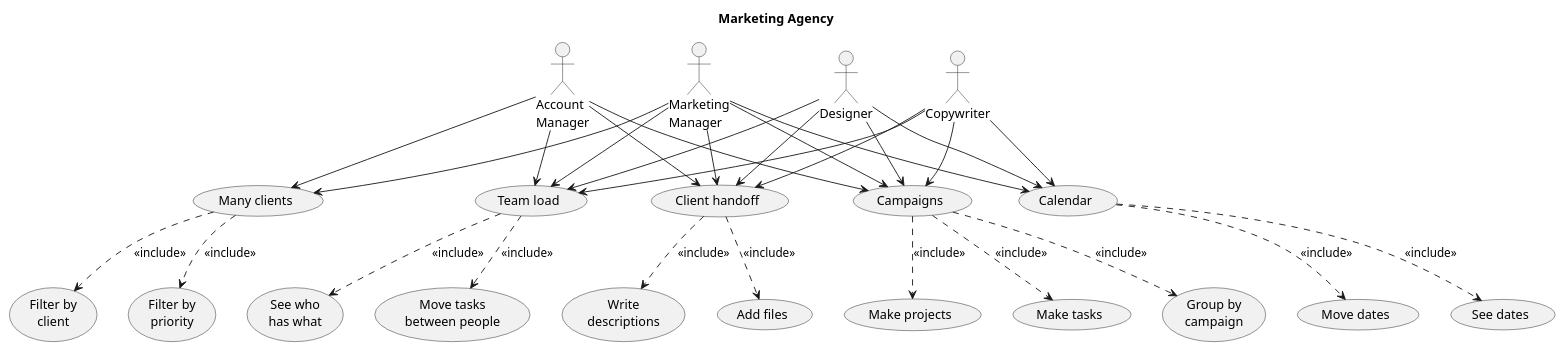
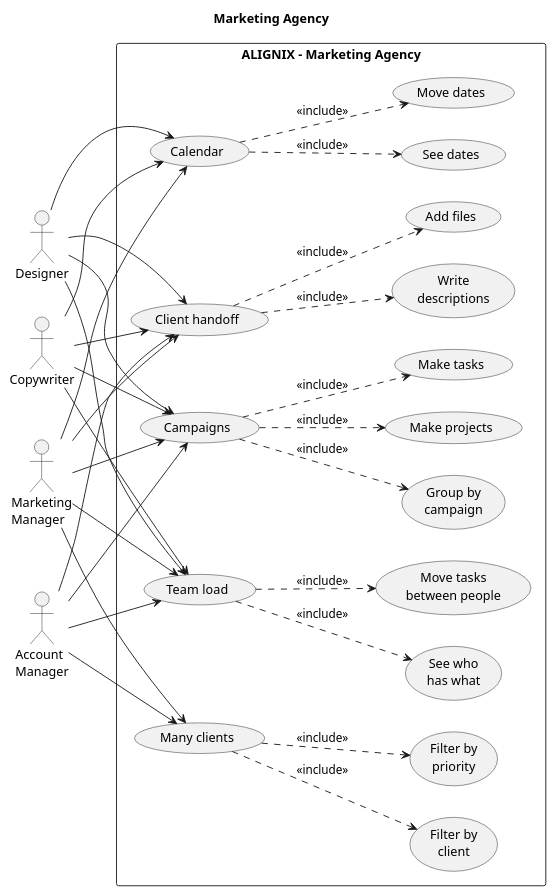
One commit to ANasser00/project-management changed the diagram in diagrams/usecasediagram2.puml. Above: the diagram before and after it, drawn with PlantUML. The commit also changed 8 other files, not shown here.

Commit message:
Updated diagrams.

```diff
--- a/diagrams/usecasediagram2.puml
+++ b/diagrams/usecasediagram2.puml
@@ -1,78 +1,83 @@
 @startuml
+left to right direction
 
 title Marketing Agency
 
-actor "Account\nManager" as AM
-actor "Marketing\nManager" as MM
+' --- Left-side actors ---
 actor "Designer" as Designer
 actor "Copywriter" as Copywriter
 
-' --- Main use cases ---
-usecase "Campaigns" as UC_CAMPAIGN
-usecase "Calendar" as UC_CALENDAR
-usecase "Many clients" as UC_MULTI
-usecase "Team load" as UC_WORKLOAD
-usecase "Client handoff" as UC_HANDOFF
+rectangle "ALIGNIX – Marketing Agency" as System {
 
-' --- Included details (simple) ---
-' Campaigns
-usecase "Make projects" as UC_PROJ
-usecase "Make tasks" as UC_TASKS
-usecase "Group by\ncampaign" as UC_GROUP
+  ' --- Main use cases in a vertical column (center) ---
+  usecase "Campaigns" as UC_CAMPAIGN
+  usecase "Calendar" as UC_CALENDAR
+  usecase "Many clients" as UC_MULTI
+  usecase "Team load" as UC_WORKLOAD
+  usecase "Client handoff" as UC_HANDOFF
 
-' Calendar
-usecase "See dates" as UC_SEE_DATES
-usecase "Move dates" as UC_MOVE_DATES
+  ' --- Included use cases around them (simple labels) ---
+  usecase "Make projects" as UC_PROJ
+  usecase "Make tasks" as UC_TASKS
+  usecase "Group by\ncampaign" as UC_GROUP
 
-' Many clients
-usecase "Filter by\nclient" as UC_FILT_CLIENT
-usecase "Filter by\npriority" as UC_FILT_PRI
+  usecase "See dates" as UC_SEE_DATES
+  usecase "Move dates" as UC_MOVE_DATES
 
-' Team load
-usecase "See who\nhas what" as UC_WHO_WHAT
-usecase "Move tasks\nbetween people" as UC_MOVE_TASKS
+  usecase "Filter by\nclient" as UC_FILT_CLIENT
+  usecase "Filter by\npriority" as UC_FILT_PRI
 
-' Client handoff
-usecase "Write\ndescriptions" as UC_DESC
-usecase "Add files" as UC_FILES
+  usecase "See who\nhas what" as UC_WHO_WHAT
+  usecase "Move tasks\nbetween people" as UC_MOVE_TASKS
+
+  usecase "Write\ndescriptions" as UC_DESC
+  usecase "Add files" as UC_FILES
+}
+
+' --- Right-side actors (declared after the system so they go on the right) ---
+actor "Account\nManager" as AM
+actor "Marketing\nManager" as MM
 
 ' --- include relations ---
 UC_CAMPAIGN ..> UC_PROJ : <<include>>
 UC_CAMPAIGN ..> UC_TASKS : <<include>>
 UC_CAMPAIGN ..> UC_GROUP : <<include>>
 
 UC_CALENDAR ..> UC_SEE_DATES : <<include>>
 UC_CALENDAR ..> UC_MOVE_DATES : <<include>>
 
 UC_MULTI ..> UC_FILT_CLIENT : <<include>>
 UC_MULTI ..> UC_FILT_PRI : <<include>>
 
 UC_WORKLOAD ..> UC_WHO_WHAT : <<include>>
 UC_WORKLOAD ..> UC_MOVE_TASKS : <<include>>
 
 UC_HANDOFF ..> UC_DESC : <<include>>
 UC_HANDOFF ..> UC_FILES : <<include>>
 
 ' --- Actors → main use cases ---
+
+' Left side
+Designer --> UC_CAMPAIGN
+Designer --> UC_CALENDAR
+Designer --> UC_WORKLOAD
+Designer --> UC_HANDOFF
+
+Copywriter --> UC_CAMPAIGN
+Copywriter --> UC_CALENDAR
+Copywriter --> UC_WORKLOAD
+Copywriter --> UC_HANDOFF
+
+' Right side
 AM --> UC_CAMPAIGN
 AM --> UC_MULTI
 AM --> UC_WORKLOAD
 AM --> UC_HANDOFF
 
 MM --> UC_CAMPAIGN
 MM --> UC_CALENDAR
 MM --> UC_MULTI
 MM --> UC_WORKLOAD
 MM --> UC_HANDOFF
 
-Designer --> UC_CAMPAIGN
-Designer --> UC_CALENDAR
-Designer --> UC_WORKLOAD
-Designer --> UC_HANDOFF
-
-Copywriter --> UC_CAMPAIGN
-Copywriter --> UC_CALENDAR
-Copywriter --> UC_WORKLOAD
-Copywriter --> UC_HANDOFF
-
 @enduml
```
